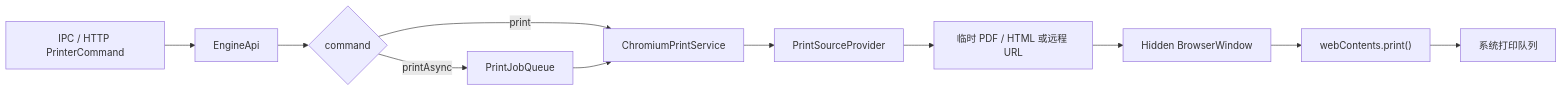
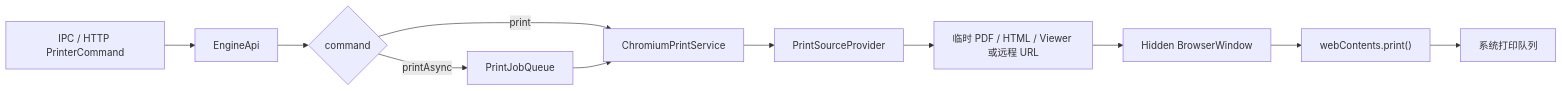
The diagram in docs/electron/index.md (hackycy/easyink), drawn with Mermaid before and after one commit. The commit also changed other lines of this file and 23 other files, not shown here.

````diff
--- a/docs/electron/index.md
+++ b/docs/electron/index.md
@@ -28,13 +29,13 @@
 ```mermaid
 flowchart LR
   A["IPC / HTTP PrinterCommand"] --> B["EngineApi"]
   B --> C{"command"}
   C -->|print| D["ChromiumPrintService"]
   C -->|printAsync| E["PrintJobQueue"]
   E --> D
   D --> F["PrintSourceProvider"]
-  F --> G["临时 PDF / HTML 或远程 URL"]
+  F --> G["临时 PDF / HTML / Viewer 或远程 URL"]
   G --> H["Hidden BrowserWindow"]
   H --> I["webContents.print()"]
   I --> J["系统打印队列"]
 ```
````
